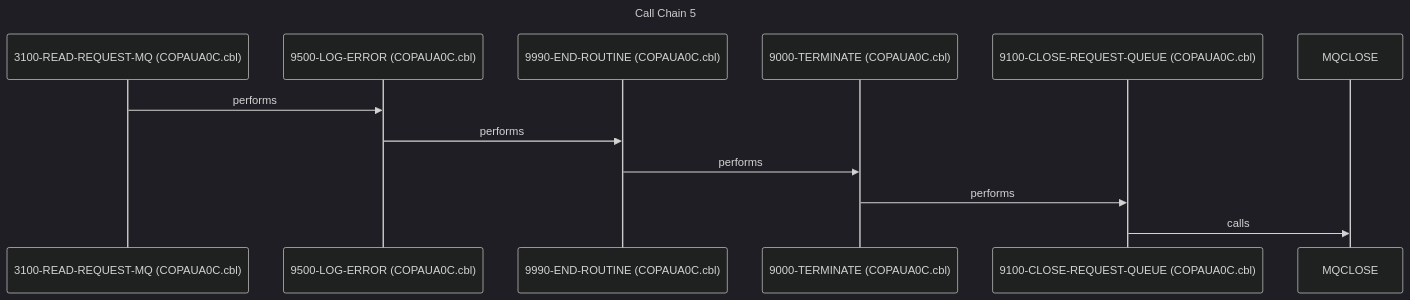
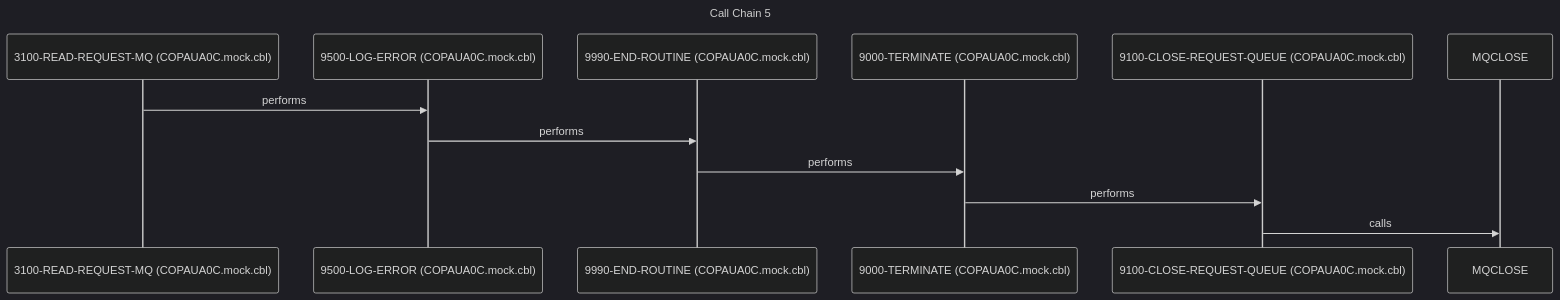
Before and after one commit to andrasfe/war_rig: the fifth of 5 diagrams in example_output/README.md, drawn with Mermaid (dark theme). The commit also changed other lines of this file and 205 other files, not shown here.

````diff
--- a/example_output/README.md
+++ b/example_output/README.md
@@ -641,15 +599,15 @@
 ```mermaid
 sequenceDiagram
     title Call Chain 5
-    participant 3100_READ_REQUEST_MQ as 3100-READ-REQUEST-MQ (COPAUA0C.cbl)
-    participant 9500_LOG_ERROR as 9500-LOG-ERROR (COPAUA0C.cbl)
-    participant 9990_END_ROUTINE as 9990-END-ROUTINE (COPAUA0C.cbl)
-    participant 9000_TERMINATE as 9000-TERMINATE (COPAUA0C.cbl)
-    participant 9100_CLOSE_REQUEST_QUEUE as 9100-CLOSE-REQUEST-QUEUE (COPAUA0C.cbl)
+    participant 3100_READ_REQUEST_MQ as 3100-READ-REQUEST-MQ (COPAUA0C.mock.cbl)
+    participant 9500_LOG_ERROR as 9500-LOG-ERROR (COPAUA0C.mock.cbl)
+    participant 9990_END_ROUTINE as 9990-END-ROUTINE (COPAUA0C.mock.cbl)
+    participant 9000_TERMINATE as 9000-TERMINATE (COPAUA0C.mock.cbl)
+    participant 9100_CLOSE_REQUEST_QUEUE as 9100-CLOSE-REQUEST-QUEUE (COPAUA0C.mock.cbl)
     participant MQCLOSE as MQCLOSE
     3100_READ_REQUEST_MQ->>9500_LOG_ERROR: performs
     9500_LOG_ERROR->>9990_END_ROUTINE: performs
     9990_END_ROUTINE->>9000_TERMINATE: performs
     9000_TERMINATE->>9100_CLOSE_REQUEST_QUEUE: performs
     9100_CLOSE_REQUEST_QUEUE->>MQCLOSE: calls
 ```
````
